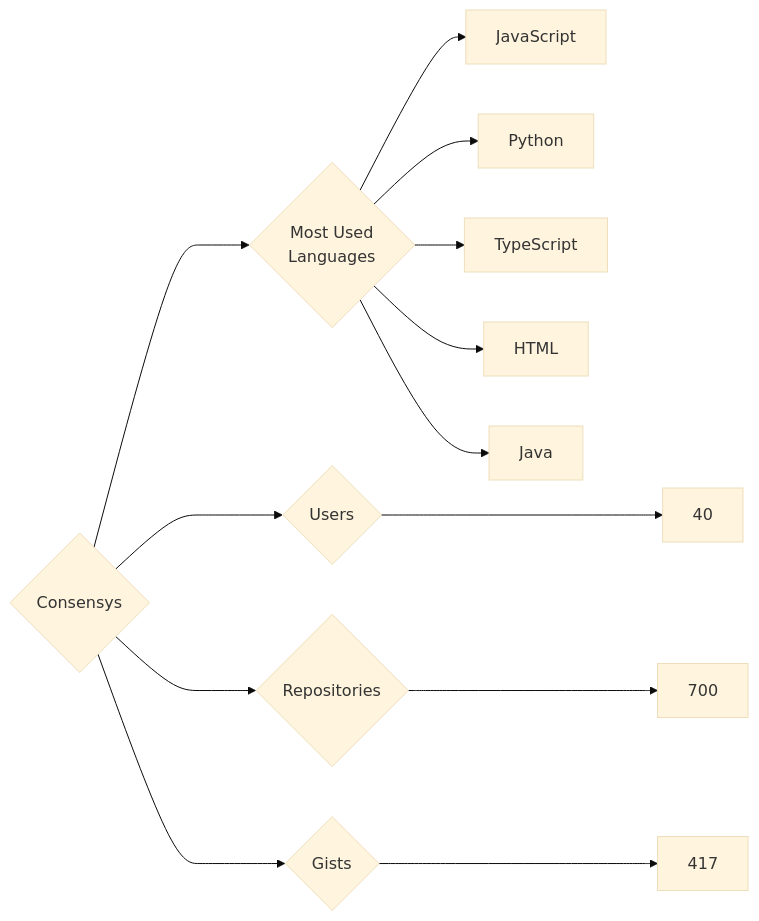
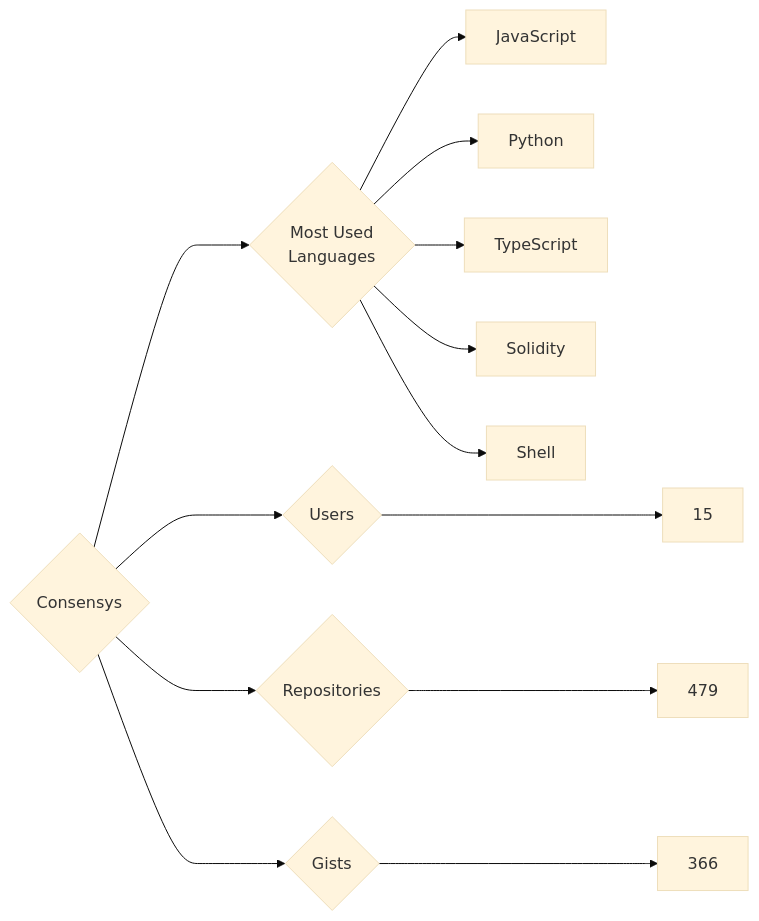
One commit to trickest/insiders changed the diagram in targets/Consensys/README.md. Above: the diagram before and after it, drawn with Mermaid (base theme). The commit also changed 894 other files, not shown here.

````diff
--- a/targets/Consensys/README.md
+++ b/targets/Consensys/README.md
@@ -3,13 +3,13 @@
 ```mermaid
 graph LR
 COMPANY_NAME{Consensys}
-COMPANY_NAME ---> U{Users} ---> UN[40]
-COMPANY_NAME ---> R{Repositories} ---> RN[700]
-COMPANY_NAME ---> G{Gists} ---> GN[417]
+COMPANY_NAME ---> U{Users} ---> UN[15]
+COMPANY_NAME ---> R{Repositories} ---> RN[479]
+COMPANY_NAME ---> G{Gists} ---> GN[366]
 COMPANY_NAME ---> ML{Most Used<br>Languages}
 ML --> JavaScript[JavaScript]
 ML --> Python[Python]
 ML --> TypeScript[TypeScript]
-ML --> HTML[HTML]
-ML --> Java[Java]
+ML --> Solidity[Solidity]
+ML --> Shell[Shell]
 ```
````
